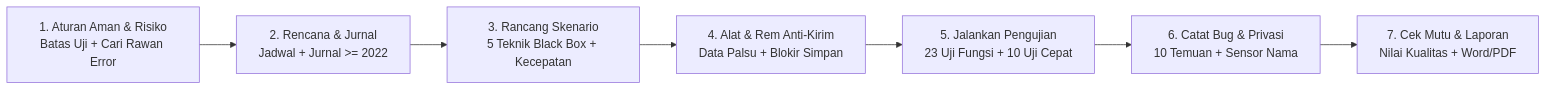
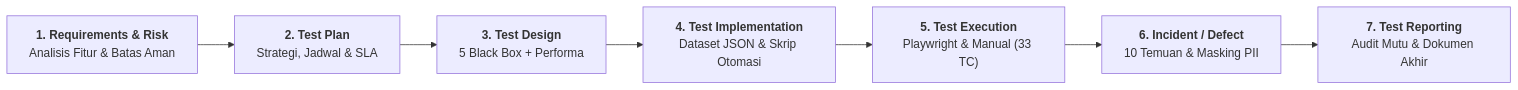
One commit to BrongSkuy/tugas-qa-testing changed the diagram in README.md. Above: the diagram before and after it, drawn with Mermaid. The commit also changed other lines of this file and 16 other files, not shown here.

````diff
--- a/README.md
+++ b/README.md
@@ -41,9 +38,10 @@
 ```mermaid
 flowchart LR
-    T1["1. Aturan Aman & Risiko<br/>Batas Uji + Cari Rawan Error"] --> T2["2. Rencana & Jurnal<br/>Jadwal + Jurnal >= 2022"]
-    T2 --> T3["3. Rancang Skenario<br/>5 Teknik Black Box + Kecepatan"]
-    T3 --> T4["4. Alat & Rem Anti-Kirim<br/>Data Palsu + Blokir Simpan"]
-    T4 --> T5["5. Jalankan Pengujian<br/>23 Uji Fungsi + 10 Uji Cepat"]
-    T5 --> T6["6. Catat Bug & Privasi<br/>10 Temuan + Sensor Nama"]
-    T6 --> T7["7. Cek Mutu & Laporan<br/>Nilai Kualitas + Word/PDF"]
+    T1["<b>1. Requirements & Risk</b><br/>Analisis Fitur & Batas Aman"] 
+    --> T2["<b>2. Test Plan</b><br/>Strategi, Jadwal & SLA"]
+    --> T3["<b>3. Test Design</b><br/>5 Black Box + Performa"]
+    --> T4["<b>4. Test Implementation</b><br/>Dataset JSON & Skrip Otomasi"]
+    --> T5["<b>5. Test Execution</b><br/>Playwright & Manual (33 TC)"]
+    --> T6["<b>6. Incident / Defect</b><br/>10 Temuan & Masking PII"]
+    --> T7["<b>7. Test Reporting</b><br/>Audit Mutu & Dokumen Akhir"]
 ```
````
